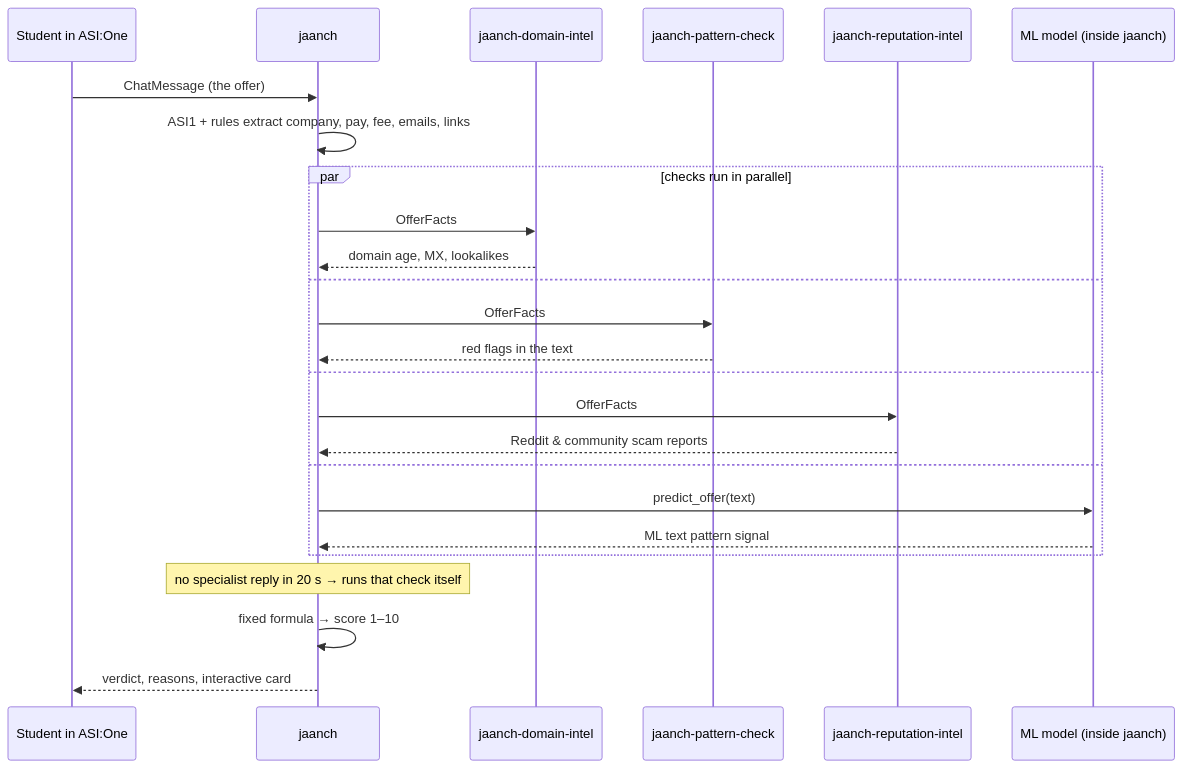
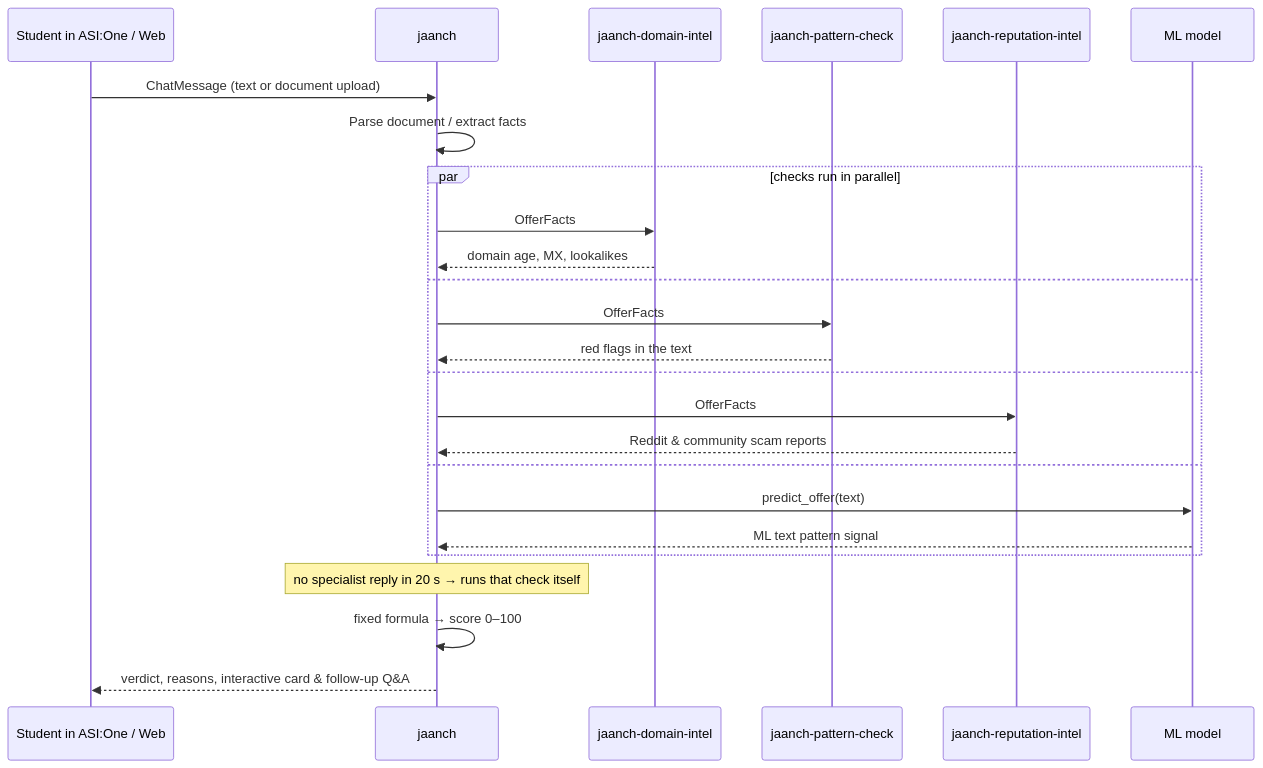
One commit to abhishekgoswami0720/jaanch changed the third of 3 diagrams in README.md. Above: the diagram before and after it, drawn with Mermaid. The commit also changed other lines of this file and 14 other files, not shown here.

````diff
--- a/README.md
+++ b/README.md
@@ -164,27 +194,27 @@
 ```mermaid
 sequenceDiagram
-    participant U as Student in ASI:One
+    participant U as Student in ASI:One / Web
     participant J as jaanch
     participant D as jaanch-domain-intel
     participant P as jaanch-pattern-check
     participant R as jaanch-reputation-intel
-    participant M as ML model (inside jaanch)
-    U->>J: ChatMessage (the offer)
-    J->>J: ASI1 + rules extract company, pay, fee, emails, links
+    participant M as ML model
+    U->>J: ChatMessage (text or document upload)
+    J->>J: Parse document / extract facts
     par checks run in parallel
         J->>D: OfferFacts
         D-->>J: domain age, MX, lookalikes
     and
         J->>P: OfferFacts
         P-->>J: red flags in the text
     and
         J->>R: OfferFacts
         R-->>J: Reddit & community scam reports
     and
         J->>M: predict_offer(text)
         M-->>J: ML text pattern signal
     end
     Note over J: no specialist reply in 20 s → runs that check itself
-    J->>J: fixed formula → score 1–10
-    J-->>U: verdict, reasons, interactive card
+    J->>J: fixed formula → score 0–100
+    J-->>U: verdict, reasons, interactive card & follow-up Q&A
 ```
````
